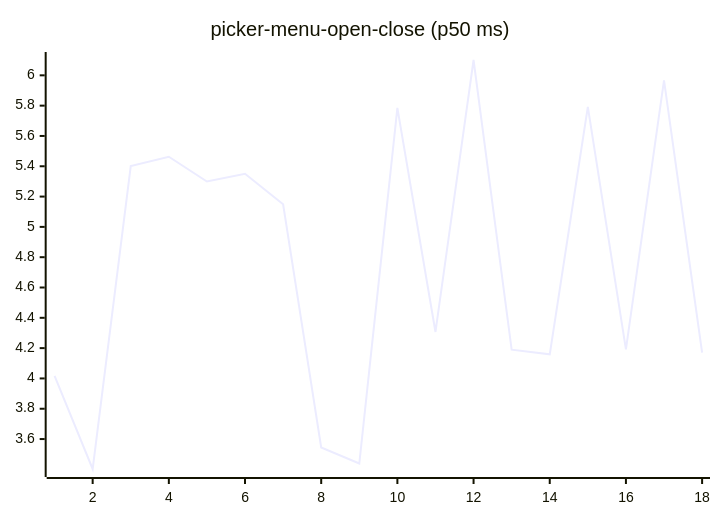
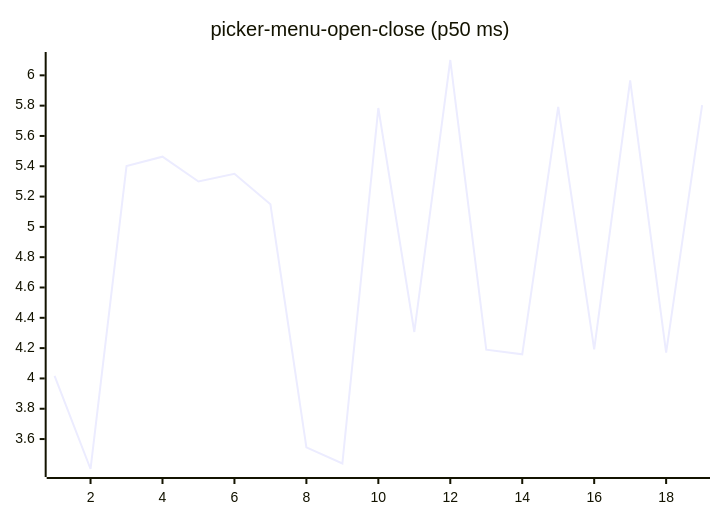
One commit to josha/Facet changed diagram 16 of 27 in README.md. Above: the diagram before and after it, drawn with Mermaid. The commit also changed other lines of this file and 2 other files, not shown here.

````diff
--- a/README.md
+++ b/README.md
@@ -168,6 +168,6 @@
 ```mermaid
 xychart-beta
     title "picker-menu-open-close (p50 ms)"
-    x-axis 1 --> 18
-    line [4.0174, 3.4024, 5.4017, 5.4631, 5.2994, 5.3502, 5.1493, 3.5447, 3.4388, 5.7846, 4.3066, 6.1012, 4.1897, 4.1591, 5.7919, 4.1912, 5.9674, 4.1698]
+    x-axis 1 --> 19
+    line [4.0174, 3.4024, 5.4017, 5.4631, 5.2994, 5.3502, 5.1493, 3.5447, 3.4388, 5.7846, 4.3066, 6.1012, 4.1897, 4.1591, 5.7919, 4.1912, 5.9674, 4.1698, 5.8037]
 ```
````
